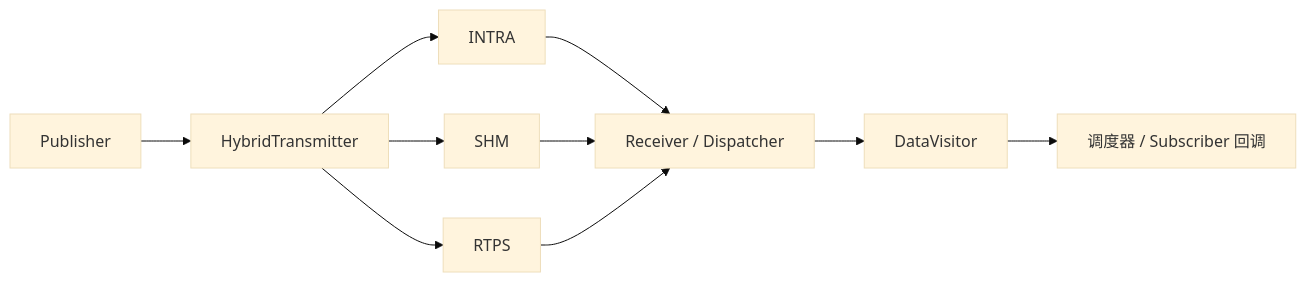
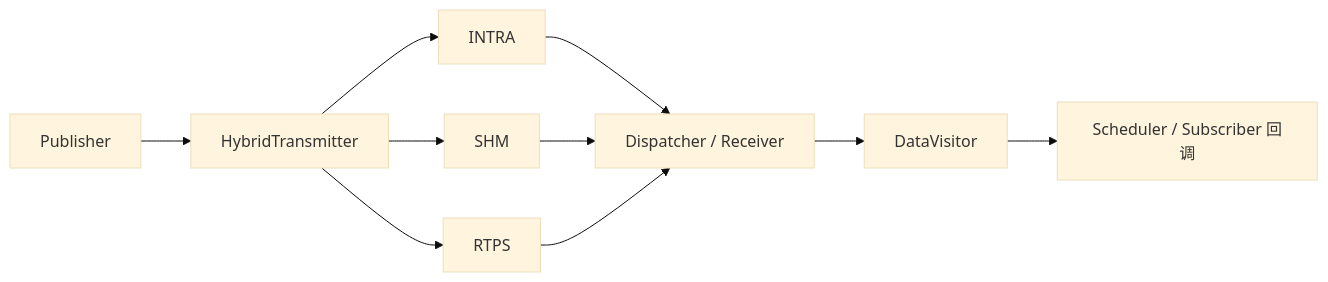
One commit to jzh03/cpp_MINI-CyberRT changed the first of 2 diagrams in doc/transport.md. Above: the diagram before and after it, drawn with Mermaid (base theme). The commit also changed other lines of this file and 13 other files, not shown here.

````diff
--- a/doc/transport.md
+++ b/doc/transport.md
@@ -15,12 +8,12 @@
 ```mermaid
 flowchart LR
-    P[Publisher] --> T[HybridTransmitter]
-    T --> I[INTRA]
-    T --> S[SHM]
-    T --> R[RTPS]
-    I --> D[Receiver / Dispatcher]
+    P[Publisher] --> H[HybridTransmitter]
+    H --> I[INTRA]
+    H --> S[SHM]
+    H --> R[RTPS]
+    I --> D[Dispatcher / Receiver]
     S --> D
     R --> D
     D --> V[DataVisitor]
-    V --> C[调度器 / Subscriber 回调]
+    V --> C[Scheduler / Subscriber 回调]
 ```
````
